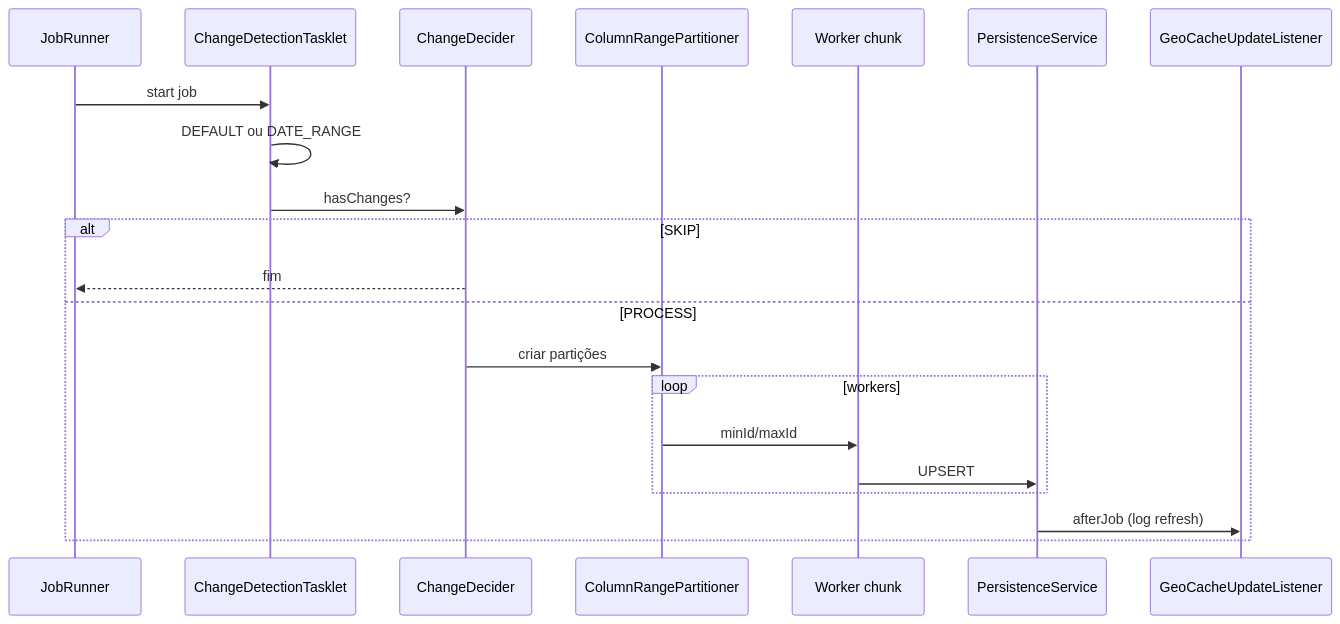
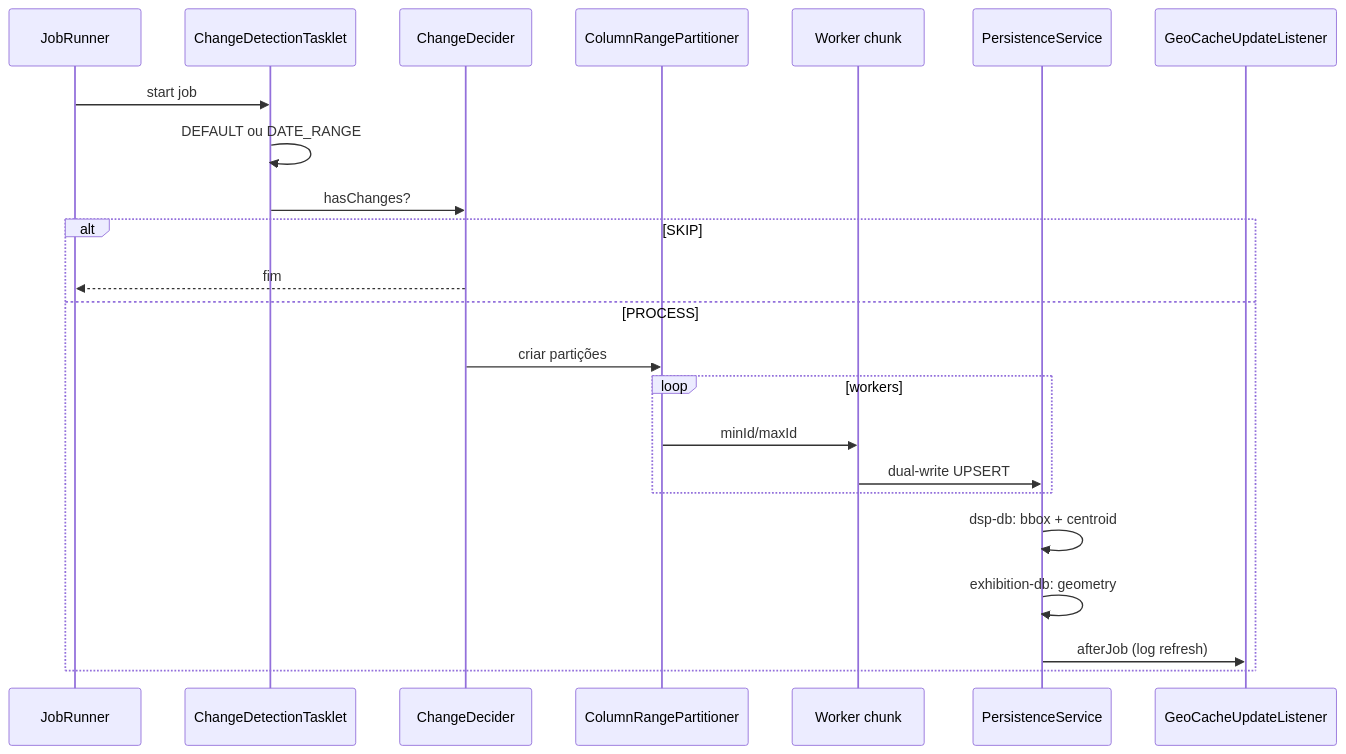
One commit to kleber-albino/rer-dsp-docs changed the seventh of 7 diagrams in docs/migration/rer-dsp-job-data-migration.md. Above: the diagram before and after it, drawn with Mermaid. The commit also changed other lines of this file and 11 other files, not shown here.

First line of the commit message:
docs: remove outdated diagram options and update migration/architecture docs for dual-db setup

````diff
--- a/docs/migration/rer-dsp-job-data-migration.md
+++ b/docs/migration/rer-dsp-job-data-migration.md
@@ -475,24 +540,26 @@
 ```mermaid
 sequenceDiagram
   participant JR as JobRunner
   participant CD as ChangeDetectionTasklet
   participant Dec as ChangeDecider
   participant Part as ColumnRangePartitioner
   participant W as Worker chunk
   participant Pers as PersistenceService
   participant L as GeoCacheUpdateListener
 
   JR->>CD: start job
   CD->>CD: DEFAULT ou DATE_RANGE
   CD->>Dec: hasChanges?
   alt SKIP
     Dec-->>JR: fim
   else PROCESS
     Dec->>Part: criar partições
     loop workers
       Part->>W: minId/maxId
-      W->>Pers: UPSERT
+      W->>Pers: dual-write UPSERT
     end
+    Pers->>Pers: dsp-db: bbox + centroid
+    Pers->>Pers: exhibition-db: geometry
     Pers->>L: afterJob (log refresh)
   end
 ```
````
